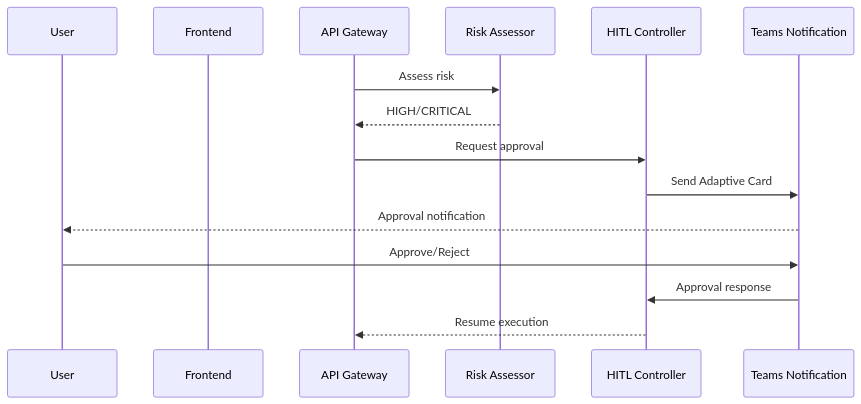
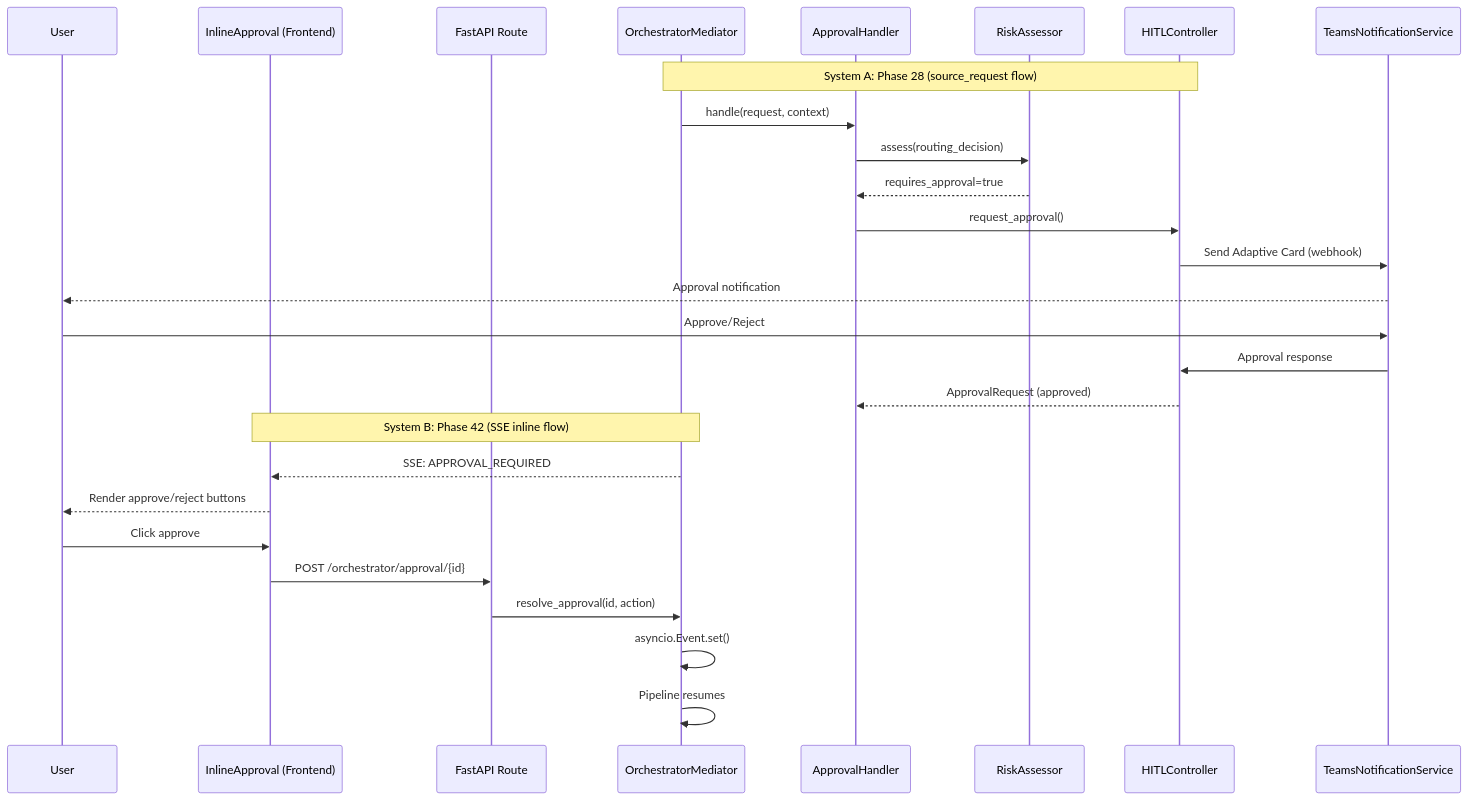
Before and after one commit to laitim2001/ai-semantic-kernel-framework-project: the fourth of 5 diagrams in docs/07-analysis/V9/04-flows/flows-01-to-05.md, drawn with Mermaid. The commit also changed other lines of this file and 8 other files, not shown here.

````diff
--- a/docs/07-analysis/V9/04-flows/flows-01-to-05.md
+++ b/docs/07-analysis/V9/04-flows/flows-01-to-05.md
@@ -42,18 +108,31 @@
 ```mermaid
 sequenceDiagram
     participant U as User
-    participant FE as Frontend
-    participant API as API Gateway
-    participant RISK as Risk Assessor
-    participant HITL as HITL Controller
-    participant TEAMS as Teams Notification
+    participant FE as InlineApproval (Frontend)
+    participant API as FastAPI Route
+    participant MED as OrchestratorMediator
+    participant APPR as ApprovalHandler
+    participant RISK as RiskAssessor
+    participant HITL as HITLController
+    participant TEAMS as TeamsNotificationService
 
-    API->>RISK: Assess risk
-    RISK-->>API: HIGH/CRITICAL
-    API->>HITL: Request approval
-    HITL->>TEAMS: Send Adaptive Card
+    Note over MED,HITL: System A: Phase 28 (source_request flow)
+    MED->>APPR: handle(request, context)
+    APPR->>RISK: assess(routing_decision)
+    RISK-->>APPR: requires_approval=true
+    APPR->>HITL: request_approval()
+    HITL->>TEAMS: Send Adaptive Card (webhook)
     TEAMS-->>U: Approval notification
     U->>TEAMS: Approve/Reject
     TEAMS->>HITL: Approval response
-    HITL-->>API: Resume execution
+    HITL-->>APPR: ApprovalRequest (approved)
+
+    Note over MED,FE: System B: Phase 42 (SSE inline flow)
+    MED-->>FE: SSE: APPROVAL_REQUIRED
+    FE-->>U: Render approve/reject buttons
+    U->>FE: Click approve
+    FE->>API: POST /orchestrator/approval/{id}
+    API->>MED: resolve_approval(id, action)
+    MED->>MED: asyncio.Event.set()
+    MED->>MED: Pipeline resumes
 ```
````
